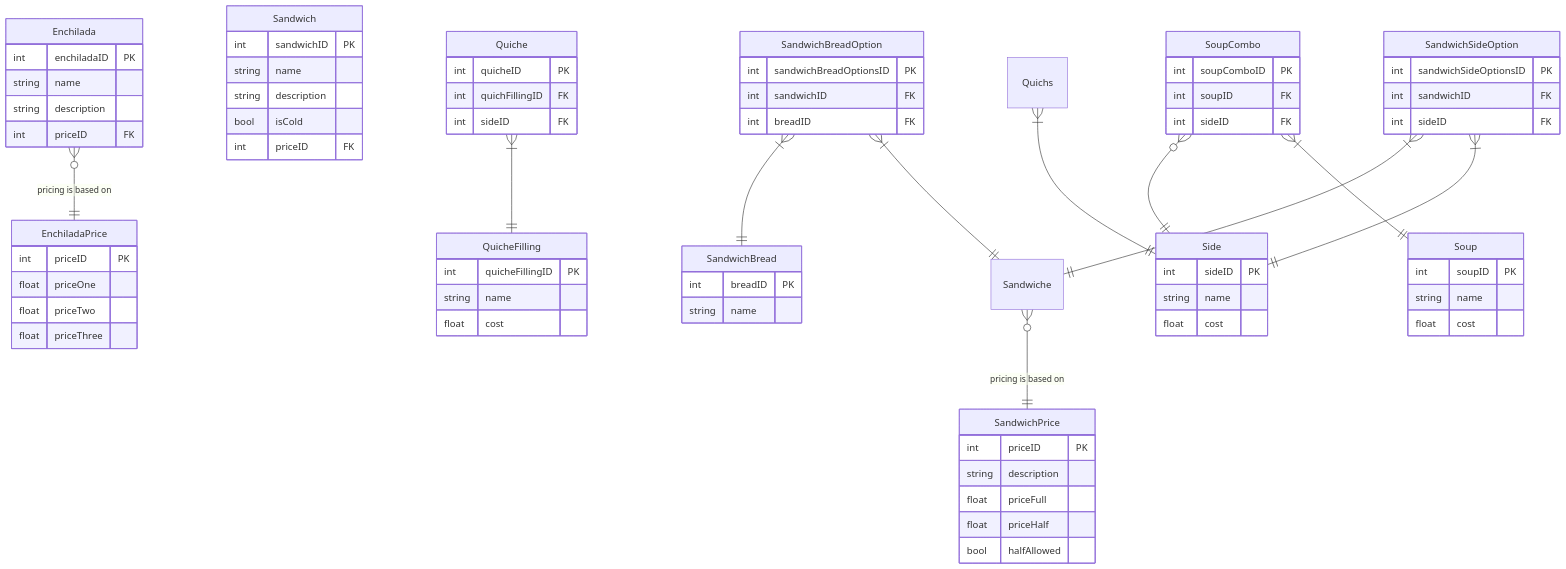
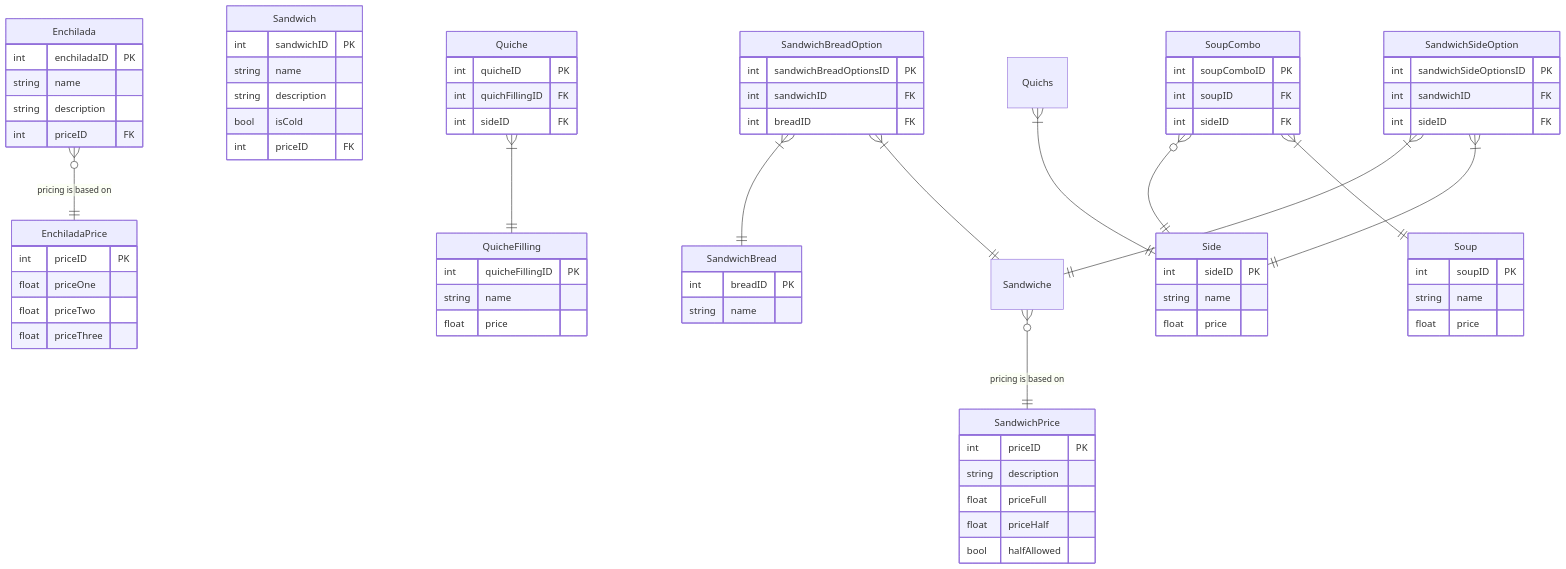
Before and after one commit to cesarguerrero1/restaurant-api: the diagram in readme-assets/databse-design-complex.md, drawn with Mermaid. The commit also changed 6 other files, not shown here.

Commit message:
Updated Entree Model and added InputTypes for GraphQL

```diff
--- a/readme-assets/databse-design-complex.md
+++ b/readme-assets/databse-design-complex.md
@@ -56,13 +56,13 @@
     QuicheFilling{
         int quicheFillingID PK
         string name
-        float cost
+        float price
     }
 
     Side{
         int sideID PK
         string name
-        float cost
+        float price
     }
 
     SoupCombo{
@@ -74,7 +74,7 @@
     Soup{
         int soupID PK
         string name
-        float cost
+        float price
     }
     
     Quichs }|--|| Side : ""
```
